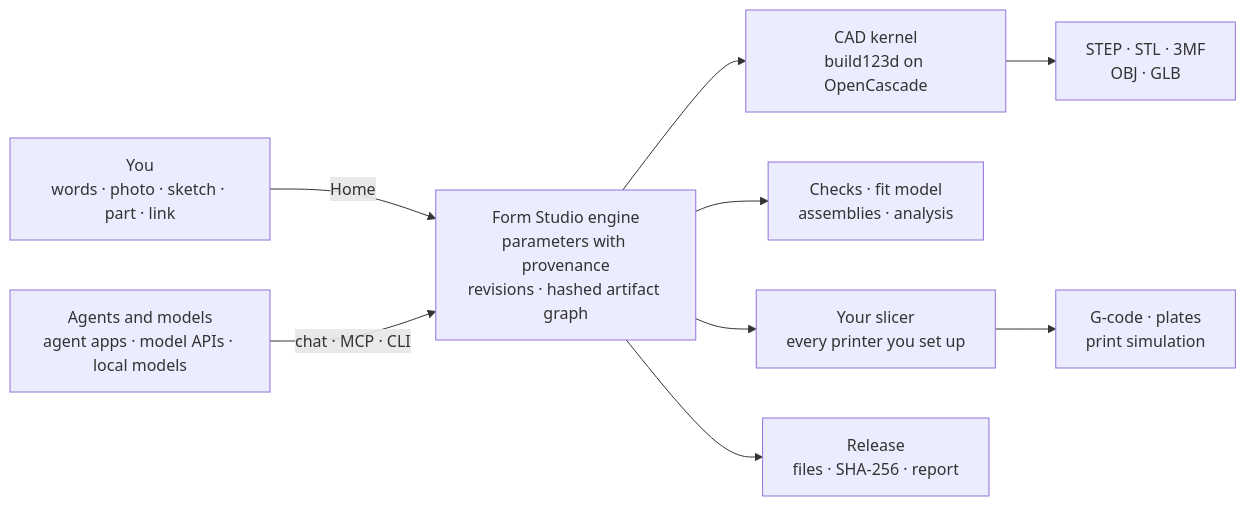
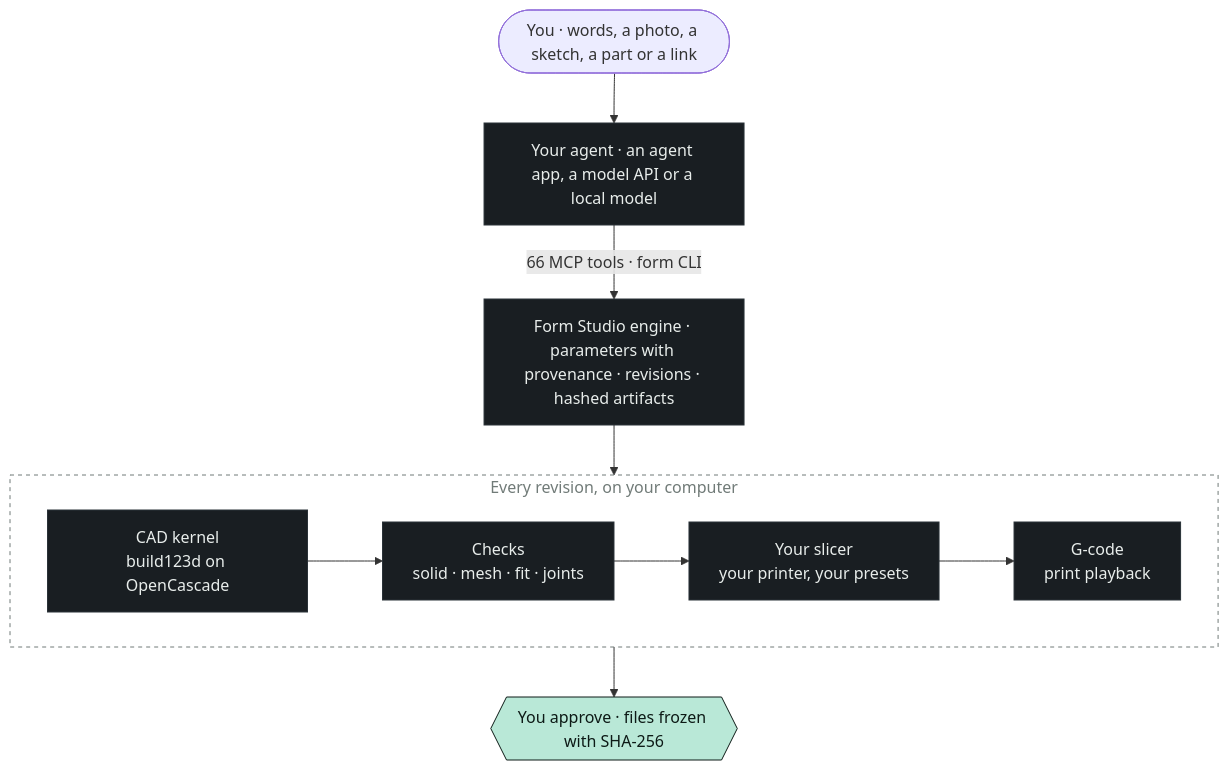
One commit to kaizensx/form-studio changed the diagram in README.md. Above: the diagram before and after it, drawn with Mermaid. The commit also changed other lines of this file and 16 other files, not shown here.

First line of the commit message:
README: the app drawn 1:1 as animated SVG from a real engine run

````diff
--- a/README.md
+++ b/README.md
@@ -439,11 +187,19 @@
 ```mermaid
-flowchart LR
-  U["You<br/>words · photo · sketch · part · link"] -- Home --> S
-  A["Agents and models<br/>agent apps · model APIs · local models"] -- chat · MCP · CLI --> S
-  S["Form Studio engine<br/>parameters with provenance<br/>revisions · hashed artifact graph"] --> K["CAD kernel<br/>build123d on OpenCascade"]
-  S --> C["Checks · fit model<br/>assemblies · analysis"]
-  S --> L["Your slicer<br/>every printer you set up"]
-  K --> O["STEP · STL · 3MF<br/>OBJ · GLB"]
-  L --> G["G-code · plates<br/>print simulation"]
-  S --> R["Release<br/>files · SHA-256 · report"]
+flowchart TB
+  you(["You · words, a photo, a sketch, a part or a link"]) --> agent
+  agent["Your agent · an agent app, a model API or a local model"] -- "66 MCP tools · form CLI" --> engine
+  engine["Form Studio engine · parameters with provenance · revisions · hashed artifacts"]
+  subgraph every["Every revision, on your computer"]
+    direction LR
+    kernel["CAD kernel<br/>build123d on OpenCascade"] --> checks["Checks<br/>solid · mesh · fit · joints"]
+    checks --> slicer["Your slicer<br/>your printer, your presets"]
+    slicer --> sim["G-code<br/>print playback"]
+  end
+  engine --> every
+  every --> release{{"You approve · files frozen with SHA-256"}}
+  classDef datum fill:#b9e8d7,stroke:#0d1a16,color:#0d1a16
+  classDef plate fill:#191e22,stroke:#2a3238,color:#e8edeb
+  class release datum
+  class agent,engine,kernel,checks,slicer,sim plate
+  style every fill:transparent,stroke:#717b78,stroke-dasharray:4 4,color:#717b78
 ```
````
